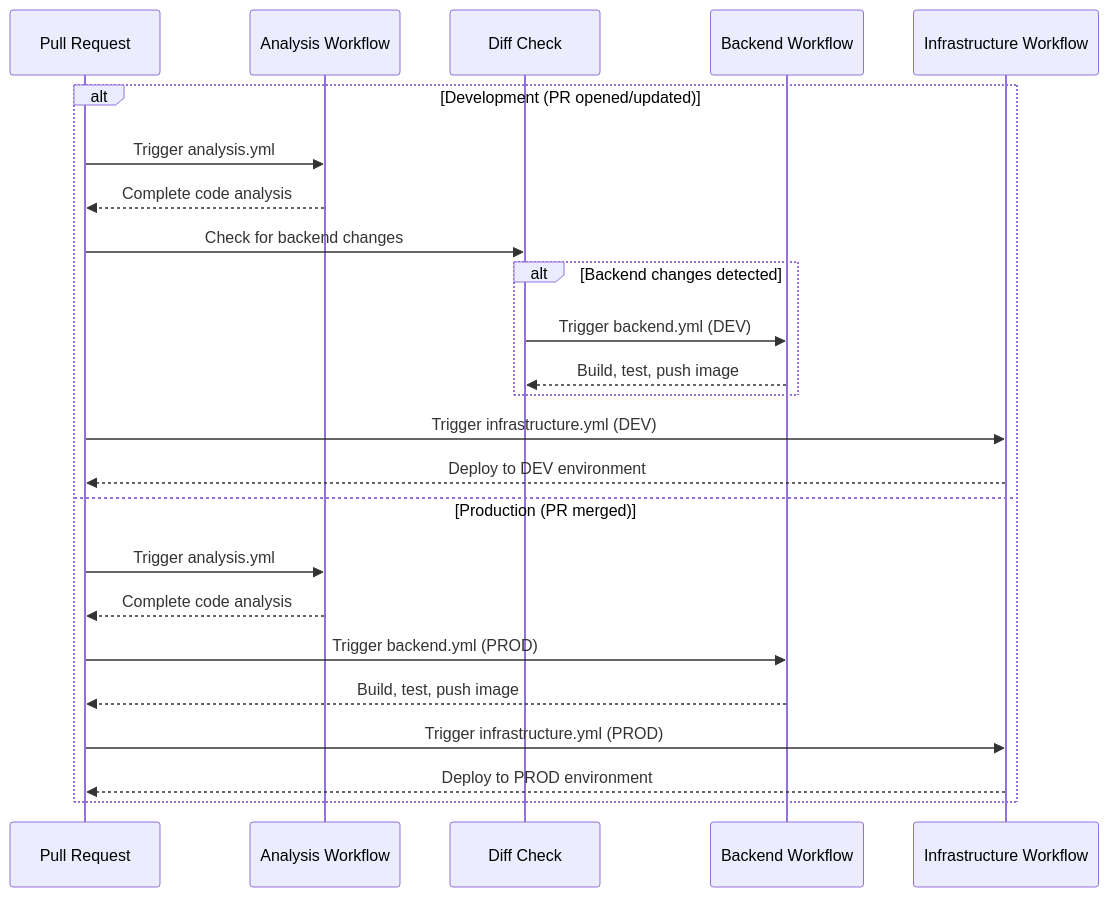
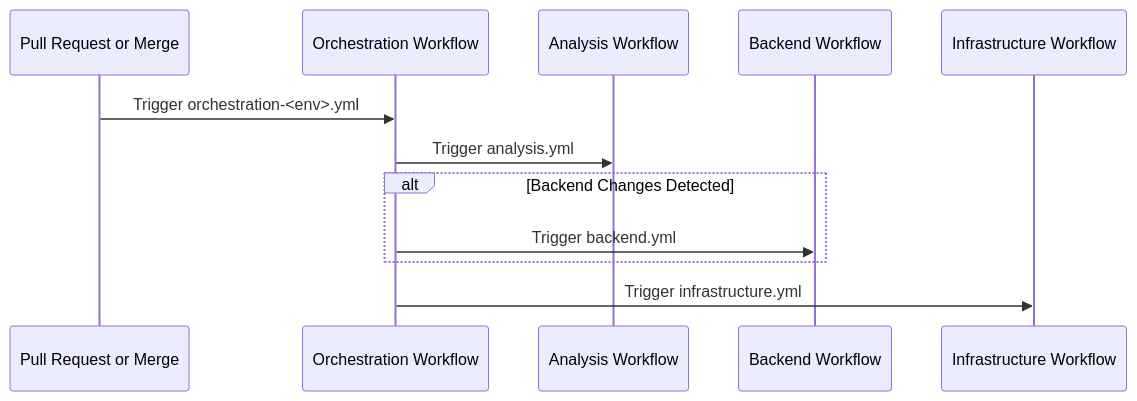
One commit to CMS-Enterprise/ztmf changed the diagram in README.md. Above: the diagram before and after it, drawn with Mermaid. The commit also changed other lines of this file, not shown here.

Commit message:
docs: clarify readme (#206)
## Added
non

## Changed

- updated readme

````diff
--- a/README.md
+++ b/README.md
@@ -59,32 +67,16 @@
 ```mermaid
 sequenceDiagram
-    participant PR as Pull Request
+    participant PR as Pull Request or Merge
+    participant Orchestration as Orchestration Workflow
     participant Analysis as Analysis Workflow
-    participant Diff as Diff Check
     participant Backend as Backend Workflow
     participant Infra as Infrastructure Workflow
-    
-    alt Development (PR opened/updated)
-        PR->>Analysis: Trigger analysis.yml
-        Analysis-->>PR: Complete code analysis
         
-        PR->>Diff: Check for backend changes
-        
-        alt Backend changes detected
-            Diff->>Backend: Trigger backend.yml (DEV)
-            Backend-->>Diff: Build, test, push image
-        end
-        
-        PR->>Infra: Trigger infrastructure.yml (DEV)
-        Infra-->>PR: Deploy to DEV environment
-    else Production (PR merged)
-        PR->>Analysis: Trigger analysis.yml
-        Analysis-->>PR: Complete code analysis
-        
-        PR->>Backend: Trigger backend.yml (PROD)
-        Backend-->>PR: Build, test, push image
-        
-        PR->>Infra: Trigger infrastructure.yml (PROD)
-        Infra-->>PR: Deploy to PROD environment
+    PR->>Orchestration: Trigger orchestration-<env>.yml
+    Orchestration->>Analysis: Trigger analysis.yml
+    alt Backend Changes Detected
+      Orchestration->>Backend: Trigger backend.yml
     end
+    Orchestration->>Infra: Trigger infrastructure.yml
+ 
 ```
````
